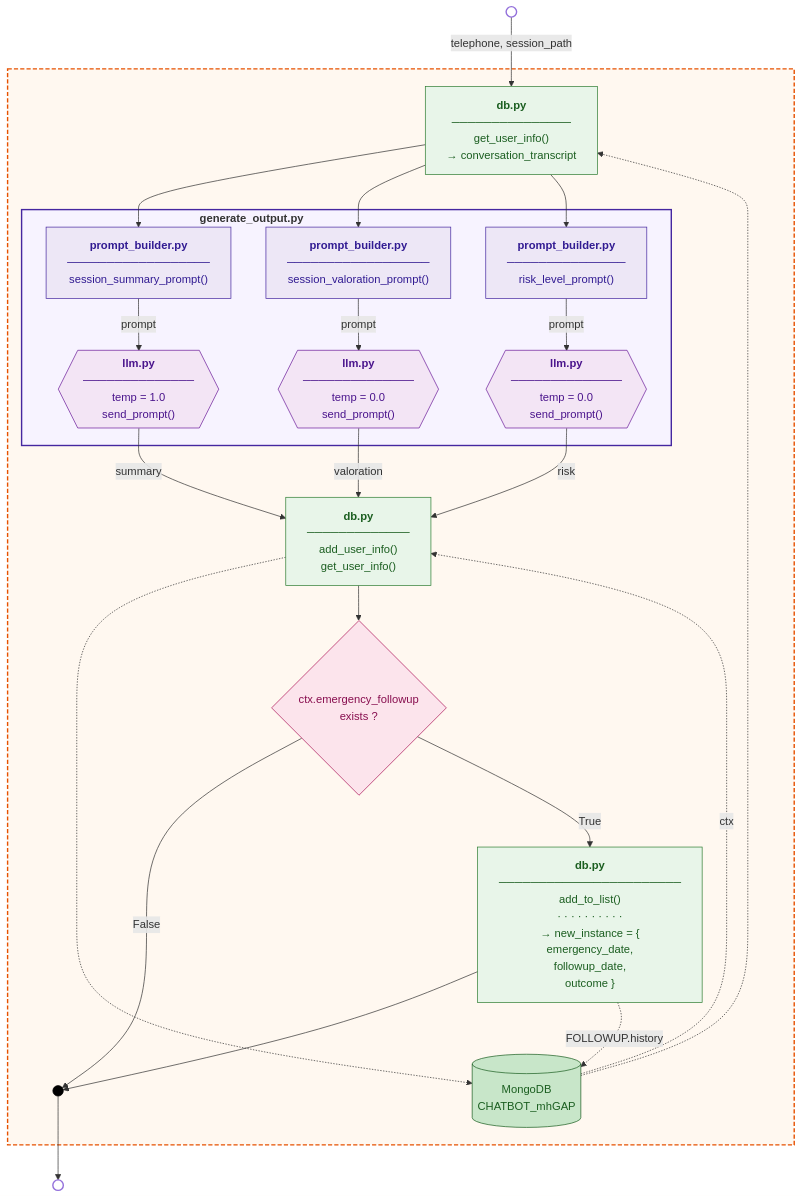
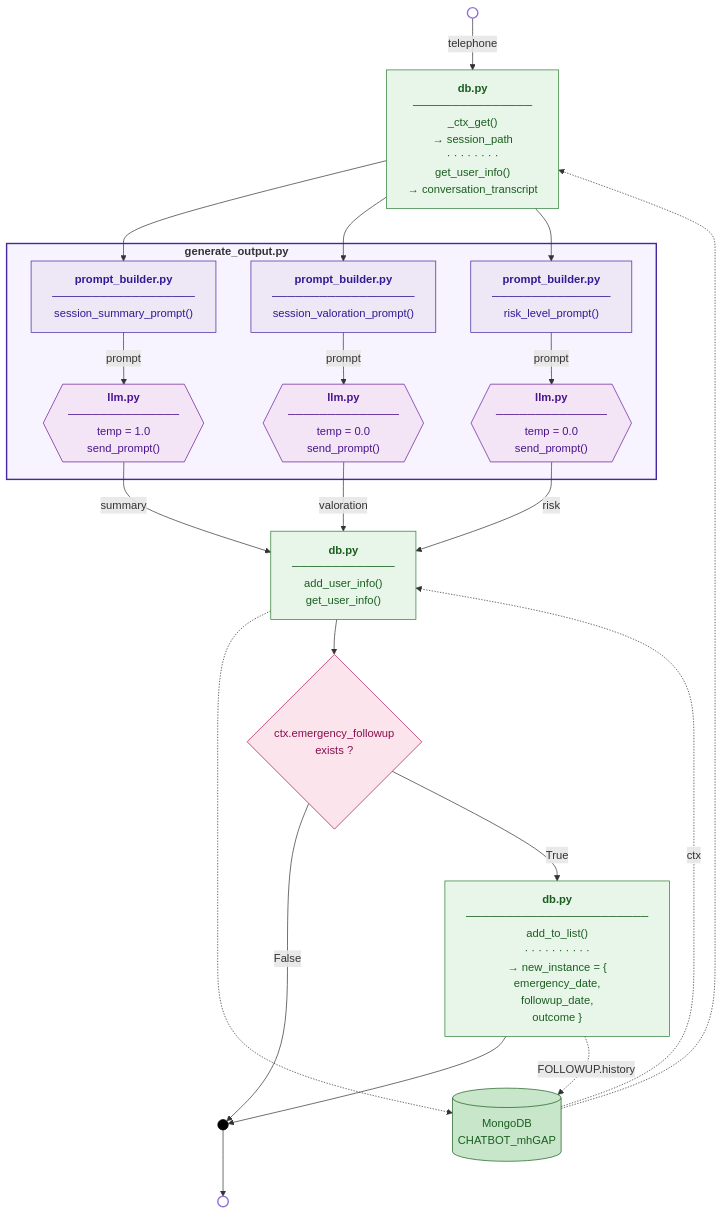
Before and after one commit to JordiiQueralto/AURORA_mhGAP-IG_v2.0: the diagram in diagrams/6_Session_close.md, drawn with Mermaid. The commit also changed 20 other files, not shown here.

Commit message:
style: variables consistency and diagrams

````diff
--- a/diagrams/6_Session_close.md
+++ b/diagrams/6_Session_close.md
@@ -1,67 +1,51 @@
 ```mermaid
 flowchart TD
     START(( )):::circle
     FINISH(( )):::circle
 
-    START -->|"telephone, session_path"| CONV
+    START -->|"telephone"| CONV
 
-    subgraph RUN_FAREWELL[" "]
+    CONV["<b>db.py</b><br/>───────────────<br/>_ctx_get()<br/>→ session_path<br/>· · · · · · · ·<br/>get_user_info()<br/>→ conversation_transcript"]:::dbmod
 
-        CONV["<b>db.py</b><br/>───────────────<br/>get_user_info()<br/>→ conversation_transcript"]:::dbmod
+    subgraph PARALLEL["<b>generate_output.py &nbsp;&nbsp;&nbsp;&nbsp;&nbsp;&nbsp;&nbsp;&nbsp;&nbsp;&nbsp;&nbsp;&nbsp;&nbsp;&nbsp;&nbsp;&nbsp;&nbsp;&nbsp;&nbsp;&nbsp;&nbsp;&nbsp;&nbsp;&nbsp;&nbsp;&nbsp;&nbsp;&nbsp;&nbsp;&nbsp;&nbsp;&nbsp;&nbsp;&nbsp;&nbsp;&nbsp;&nbsp;&nbsp;&nbsp;&nbsp;&nbsp;&nbsp;&nbsp;&nbsp;&nbsp;&nbsp;&nbsp;&nbsp;&nbsp;&nbsp;&nbsp;&nbsp;&nbsp;&nbsp;&nbsp;&nbsp;&nbsp;&nbsp;&nbsp;&nbsp;</b>"]
+        PB_S["<b>prompt_builder.py</b><br/>──────────────────<br/>session_summary_prompt()"]:::prompt
+        PB_V["<b>prompt_builder.py</b><br/>──────────────────<br/>session_valoration_prompt()"]:::prompt
+        PB_R["<b>prompt_builder.py</b><br/>───────────────<br/>risk_level_prompt()"]:::prompt
+        LLM_S{{"<b>llm.py</b><br/>──────────────<br/>temp = 1.0\nsend_prompt()"}}:::llm
+        LLM_V{{"<b>llm.py</b><br/>──────────────<br/>temp = 0.0\nsend_prompt()"}}:::llm
+        LLM_R{{"<b>llm.py</b><br/>──────────────<br/>temp = 0.0\nsend_prompt()"}}:::llm
+    end
 
-        subgraph PARALLEL["<b>generate_output.py &nbsp;&nbsp;&nbsp;&nbsp;&nbsp;&nbsp;&nbsp;&nbsp;&nbsp;&nbsp;&nbsp;&nbsp;&nbsp;&nbsp;&nbsp;&nbsp;&nbsp;&nbsp;&nbsp;&nbsp;&nbsp;&nbsp;&nbsp;&nbsp;&nbsp;&nbsp;&nbsp;&nbsp;&nbsp;&nbsp;&nbsp;&nbsp;&nbsp;&nbsp;&nbsp;&nbsp;&nbsp;&nbsp;&nbsp;&nbsp;&nbsp;&nbsp;&nbsp;&nbsp;&nbsp;&nbsp;&nbsp;&nbsp;&nbsp;&nbsp;&nbsp;&nbsp;&nbsp;&nbsp;&nbsp;&nbsp;&nbsp;&nbsp;&nbsp;&nbsp;</b>"]
-            PB_S["<b>prompt_builder.py</b><br/>──────────────────<br/>session_summary_prompt()"]:::prompt
-            PB_V["<b>prompt_builder.py</b><br/>──────────────────<br/>session_valoration_prompt()"]:::prompt
-            PB_R["<b>prompt_builder.py</b><br/>───────────────<br/>risk_level_prompt()"]:::prompt
-            LLM_S{{"<b>llm.py</b><br/>──────────────<br/>temp = 1.0\nsend_prompt()"}}:::llm
-            LLM_V{{"<b>llm.py</b><br/>──────────────<br/>temp = 0.0\nsend_prompt()"}}:::llm
-            LLM_R{{"<b>llm.py</b><br/>──────────────<br/>temp = 0.0\nsend_prompt()"}}:::llm
-        end
+    DB_SAVE["<b>db.py</b><br/>─────────────<br/>add_user_info()<br/>get_user_info()"]:::dbmod
+    MONGO[("MongoDB<br/>CHATBOT_mhGAP")]:::db
+    D_CTX{ctx.emergency_followup<br/>exists ?}:::decision
+    FU["<b>db.py</b><br/>───────────────────────<br/>add_to_list()<br/>· · · · · · · · · ·<br/>→ new_instance = {<br/>emergency_date,<br/>followup_date,<br/>outcome }"]:::dbmod
+    BOTTOM(( )):::junction
 
-        DB_SAVE["<b>db.py</b><br/>─────────────<br/>add_user_info()<br/>get_user_info()"]:::dbmod
-
-        MONGO[("MongoDB<br/>CHATBOT_mhGAP")]:::db
-
-        D_CTX{ctx.emergency_followup<br/>exists ?}:::decision
-
-        FU["<b>db.py</b><br/>───────────────────────<br/>add_to_list()<br/>· · · · · · · · · ·<br/>→ new_instance = {<br/>emergency_date,<br/>followup_date,<br/>outcome }"]:::dbmod
-
-        BOTTOM(( )):::junction
-
-        CONV --> PB_S & PB_V & PB_R
-
-        PB_S -->|"prompt"| LLM_S
-        PB_V -->|"prompt"| LLM_V
-        PB_R -->|"prompt"| LLM_R
-
-        LLM_S -->|"summary"| DB_SAVE
-        LLM_V -->|"valoration"| DB_SAVE
-        LLM_R -->|"risk"| DB_SAVE
-
-        MONGO -.-> CONV
-        DB_SAVE -.-> MONGO
-        MONGO -.->|"ctx"| DB_SAVE
-
-        DB_SAVE --> D_CTX
-
-        D_CTX -->|False| BOTTOM
-        D_CTX -->|True| FU --> BOTTOM
-
-        FU -.->|"FOLLOWUP.history"| MONGO
-
-    end
+    CONV --> PB_S & PB_V & PB_R
+    PB_S -->|"prompt"| LLM_S
+    PB_V -->|"prompt"| LLM_V
+    PB_R -->|"prompt"| LLM_R
+    LLM_S -->|"summary"| DB_SAVE
+    LLM_V -->|"valoration"| DB_SAVE
+    LLM_R -->|"risk"| DB_SAVE
+    MONGO -.-> CONV
+    DB_SAVE -.-> MONGO
+    MONGO -.->|"ctx"| DB_SAVE
+    DB_SAVE --> D_CTX
+    D_CTX -->|False| BOTTOM
+    D_CTX -->|True| FU --> BOTTOM
+    FU -.->|"FOLLOWUP.history"| MONGO
 
     BOTTOM --> FINISH
 
     classDef circle    fill:#ffffff,stroke:#9370db,stroke-width:2px,color:#ffffff
     classDef junction  fill:#000000,stroke:#000000,color:#000000
-    classDef module    fill:#fff3e0,stroke:#e65100,color:#bf360c
     classDef prompt    fill:#ede7f6,stroke:#4527a0,color:#311b92
     classDef llm       fill:#f3e5f5,stroke:#6a1b9a,color:#4a148c
     classDef dbmod     fill:#e8f5e9,stroke:#2e7d32,color:#1b5e20
     classDef db        fill:#c8e6c9,stroke:#1b5e20,color:#1b5e20
     classDef decision  fill:#fce4ec,stroke:#ad1457,color:#880e4f
 
-    style RUN_FAREWELL fill:#fff8f0,stroke:#e65100,stroke-width:2px,stroke-dasharray: 6 3
-    style PARALLEL     fill:#f7f3ff,stroke:#4527a0,stroke-width:2px
+    style PARALLEL fill:#f7f3ff,stroke:#4527a0,stroke-width:2px
 ```
````
